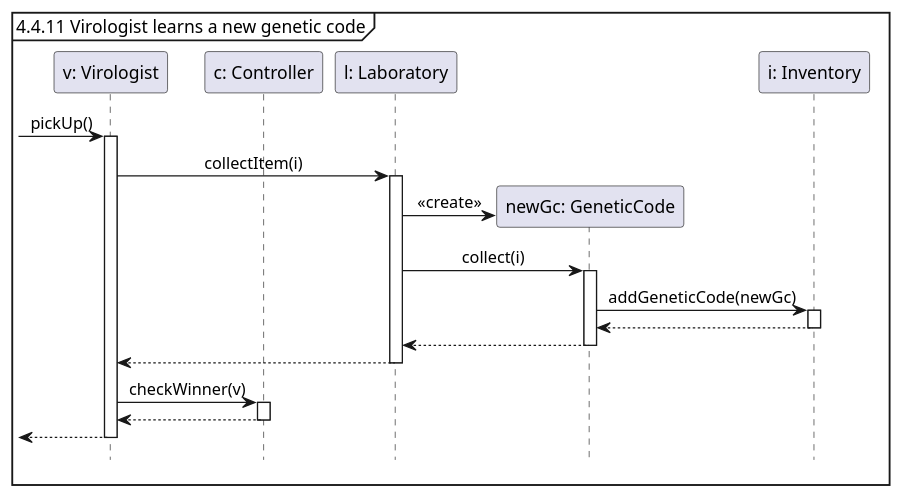
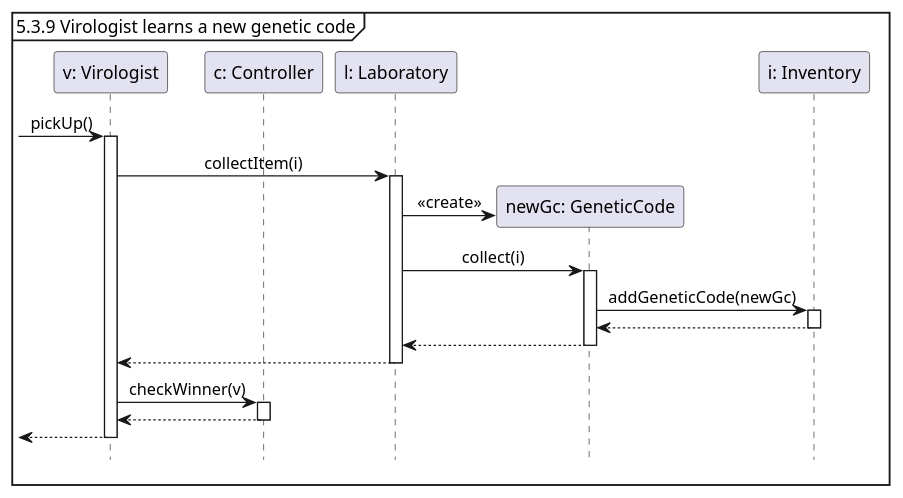
Before and after one commit to Tschonti/503-service-unavailable: the diagram in docs/testCases/sequences/learnGeneticCode.puml, drawn with PlantUML. The commit also changed 14 other files, not shown here.

```diff
--- a/docs/testCases/sequences/learnGeneticCode.puml
+++ b/docs/testCases/sequences/learnGeneticCode.puml
@@ -1,27 +1,27 @@
 @startuml
 'https://plantuml.com/sequence-diagram
 
 hide footbox
 skinparam sequenceMessageAlign center
 
-mainframe 4.4.11 Virologist learns a new genetic code
+mainframe 5.3.9 Virologist learns a new genetic code
 
 participant "v: Virologist" as v
 participant "c: Controller" as c
 participant "l: Laboratory" as l
 participant "newGc: GeneticCode" as newGc
 participant "i: Inventory" as i
 
 -> v ++ : pickUp()
     v -> l ++ : collectItem(i)
         l -> newGc ** : <<create>>
         l -> newGc ++ : collect(i)
             newGc -> i ++ : addGeneticCode(newGc)
             return
         return
     return
     v -> c ++ : checkWinner(v)
     return
 return
 
 @enduml
```
